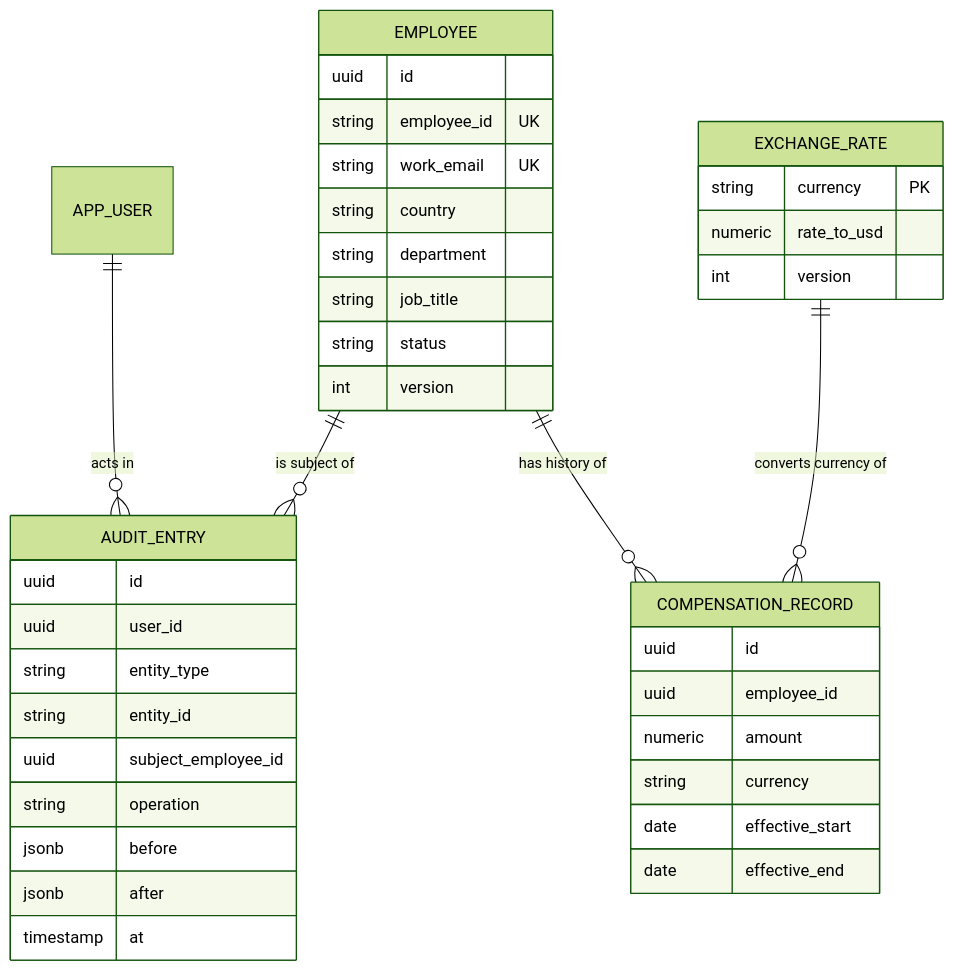
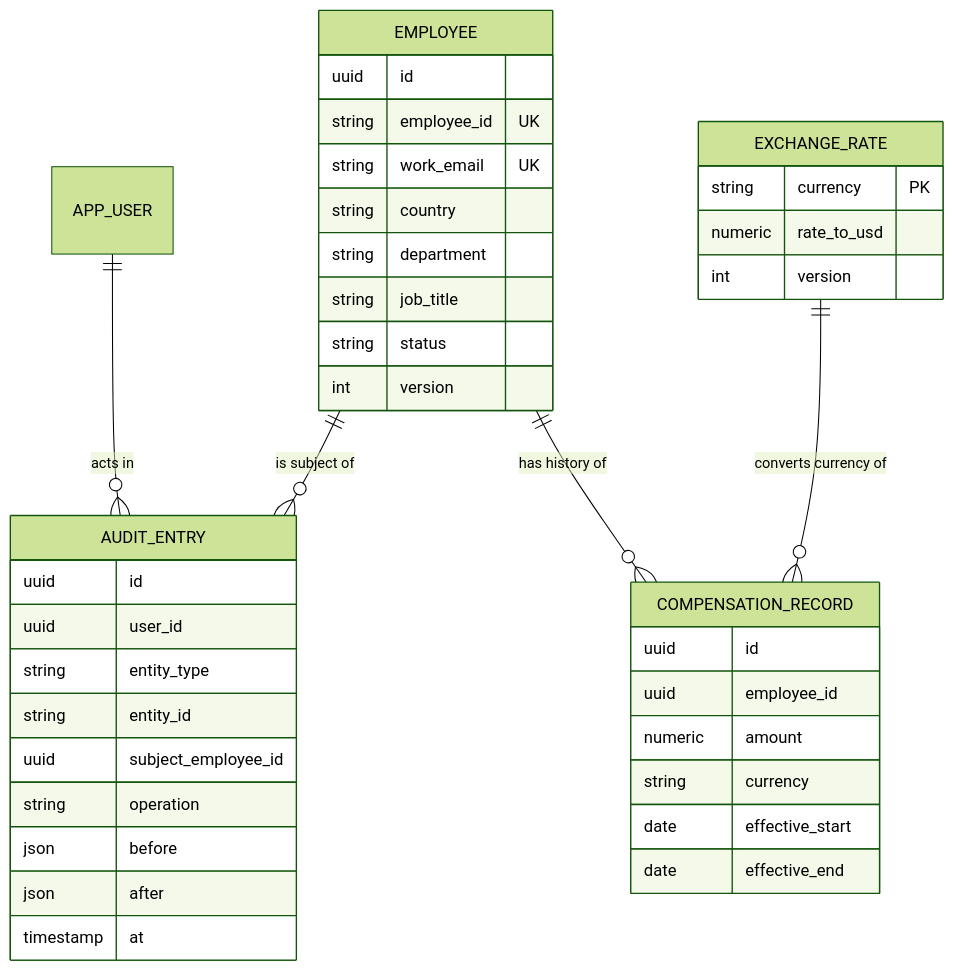
Before and after one commit to shoyabsiddique/incubyte-assessment: the fourth of 4 diagrams in _bmad-output/planning-artifacts/architecture/architecture-incubyte-assessment-2026-11-17/ARCHITECTURE-SPINE.md, drawn with Mermaid (forest theme). The commit also changed other lines of this file and 3 other files, not shown here.

Commit message:
docs: rework architecture for Hostinger MariaDB/MySQL and Render hosting

````diff
--- a/_bmad-output/planning-artifacts/architecture/architecture-incubyte-assessment-2026-11-17/ARCHITECTURE-SPINE.md
+++ b/_bmad-output/planning-artifacts/architecture/architecture-incubyte-assessment-2026-11-17/ARCHITECTURE-SPINE.md
@@ -160,11 +160,11 @@
 ```mermaid
 erDiagram
   APP_USER ||--o{ AUDIT_ENTRY : "acts in"
   EMPLOYEE ||--o{ COMPENSATION_RECORD : "has history of"
   EMPLOYEE ||--o{ AUDIT_ENTRY : "is subject of"
   EXCHANGE_RATE ||--o{ COMPENSATION_RECORD : "converts currency of"
   EMPLOYEE { uuid id string employee_id UK string work_email UK string country string department string job_title string status int version }
   COMPENSATION_RECORD { uuid id uuid employee_id numeric amount string currency date effective_start date effective_end }
   EXCHANGE_RATE { string currency PK numeric rate_to_usd int version }
-  AUDIT_ENTRY { uuid id uuid user_id string entity_type string entity_id uuid subject_employee_id string operation jsonb before jsonb after timestamp at }
+  AUDIT_ENTRY { uuid id uuid user_id string entity_type string entity_id uuid subject_employee_id string operation json before json after timestamp at }
 ```
````
